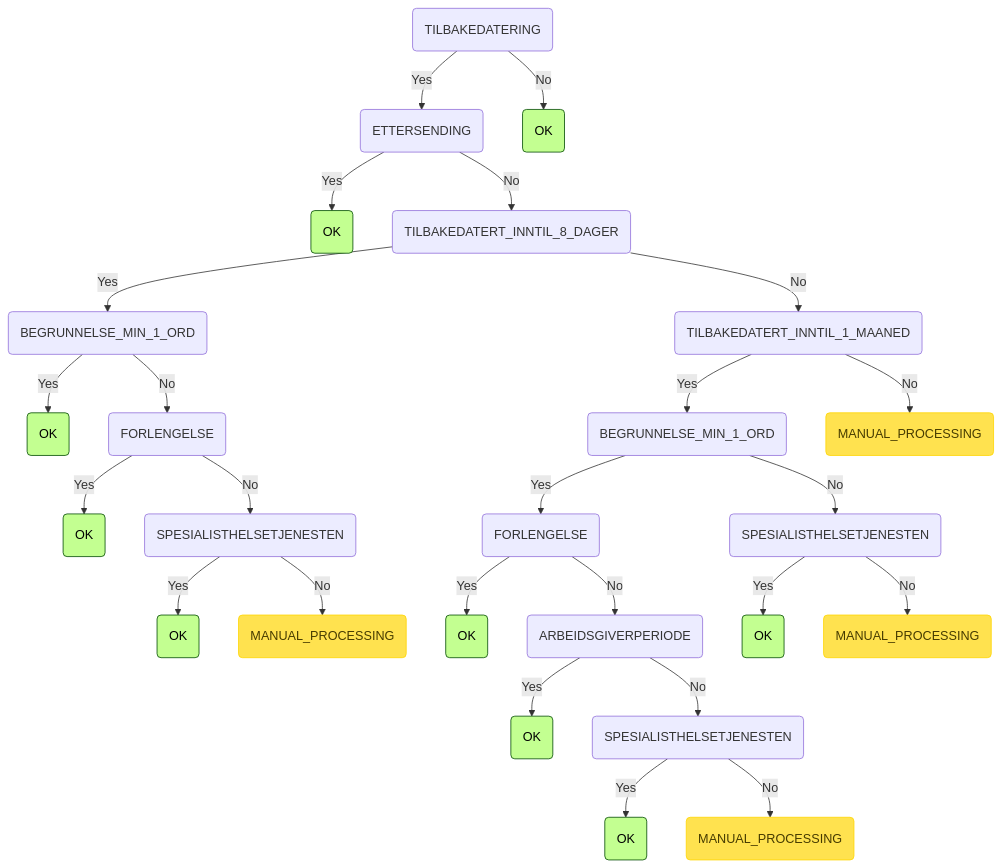
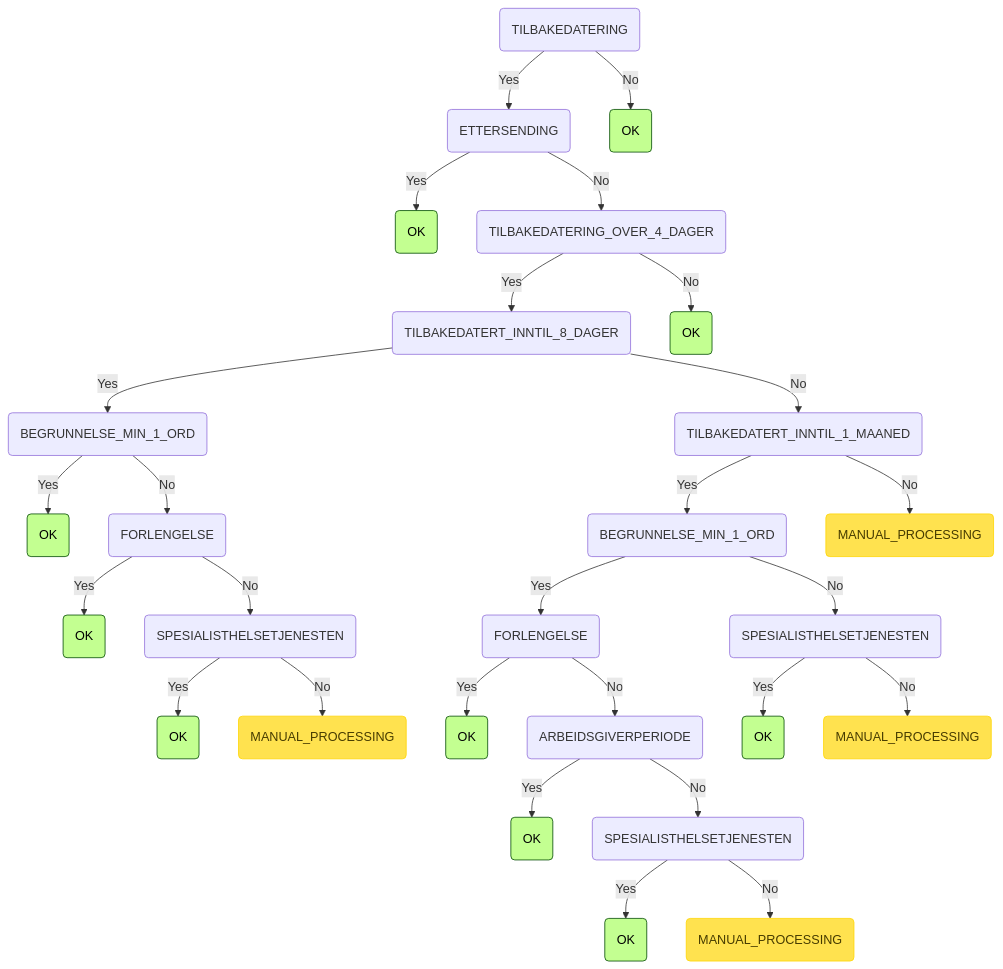
The eighth of 8 diagrams in README.md (navikt/syfosmpapirregler), drawn with Mermaid before and after one commit. The commit also changed 2 other files, not shown here.

Commit message:
Added inntil 4 dager rule

````diff
--- a/README.md
+++ b/README.md
@@ -249,30 +249,32 @@
 ```mermaid
 graph TD
     root(TILBAKEDATERING) -->|Yes| root_TILBAKEDATERING_ETTERSENDING(ETTERSENDING)
     root_TILBAKEDATERING_ETTERSENDING(ETTERSENDING) -->|Yes| root_TILBAKEDATERING_ETTERSENDING_OK(OK):::ok
-    root_TILBAKEDATERING_ETTERSENDING(ETTERSENDING) -->|No| root_TILBAKEDATERING_ETTERSENDING_TILBAKEDATERT_INNTIL_8_DAGER(TILBAKEDATERT_INNTIL_8_DAGER)
-    root_TILBAKEDATERING_ETTERSENDING_TILBAKEDATERT_INNTIL_8_DAGER(TILBAKEDATERT_INNTIL_8_DAGER) -->|Yes| root_TILBAKEDATERING_ETTERSENDING_TILBAKEDATERT_INNTIL_8_DAGER_BEGRUNNELSE_MIN_1_ORD(BEGRUNNELSE_MIN_1_ORD)
-    root_TILBAKEDATERING_ETTERSENDING_TILBAKEDATERT_INNTIL_8_DAGER_BEGRUNNELSE_MIN_1_ORD(BEGRUNNELSE_MIN_1_ORD) -->|Yes| root_TILBAKEDATERING_ETTERSENDING_TILBAKEDATERT_INNTIL_8_DAGER_BEGRUNNELSE_MIN_1_ORD_OK(OK):::ok
-    root_TILBAKEDATERING_ETTERSENDING_TILBAKEDATERT_INNTIL_8_DAGER_BEGRUNNELSE_MIN_1_ORD(BEGRUNNELSE_MIN_1_ORD) -->|No| root_TILBAKEDATERING_ETTERSENDING_TILBAKEDATERT_INNTIL_8_DAGER_BEGRUNNELSE_MIN_1_ORD_FORLENGELSE(FORLENGELSE)
-    root_TILBAKEDATERING_ETTERSENDING_TILBAKEDATERT_INNTIL_8_DAGER_BEGRUNNELSE_MIN_1_ORD_FORLENGELSE(FORLENGELSE) -->|Yes| root_TILBAKEDATERING_ETTERSENDING_TILBAKEDATERT_INNTIL_8_DAGER_BEGRUNNELSE_MIN_1_ORD_FORLENGELSE_OK(OK):::ok
-    root_TILBAKEDATERING_ETTERSENDING_TILBAKEDATERT_INNTIL_8_DAGER_BEGRUNNELSE_MIN_1_ORD_FORLENGELSE(FORLENGELSE) -->|No| root_TILBAKEDATERING_ETTERSENDING_TILBAKEDATERT_INNTIL_8_DAGER_BEGRUNNELSE_MIN_1_ORD_FORLENGELSE_SPESIALISTHELSETJENESTEN(SPESIALISTHELSETJENESTEN)
-    root_TILBAKEDATERING_ETTERSENDING_TILBAKEDATERT_INNTIL_8_DAGER_BEGRUNNELSE_MIN_1_ORD_FORLENGELSE_SPESIALISTHELSETJENESTEN(SPESIALISTHELSETJENESTEN) -->|Yes| root_TILBAKEDATERING_ETTERSENDING_TILBAKEDATERT_INNTIL_8_DAGER_BEGRUNNELSE_MIN_1_ORD_FORLENGELSE_SPESIALISTHELSETJENESTEN_OK(OK):::ok
-    root_TILBAKEDATERING_ETTERSENDING_TILBAKEDATERT_INNTIL_8_DAGER_BEGRUNNELSE_MIN_1_ORD_FORLENGELSE_SPESIALISTHELSETJENESTEN(SPESIALISTHELSETJENESTEN) -->|No| root_TILBAKEDATERING_ETTERSENDING_TILBAKEDATERT_INNTIL_8_DAGER_BEGRUNNELSE_MIN_1_ORD_FORLENGELSE_SPESIALISTHELSETJENESTEN_MANUAL_PROCESSING(MANUAL_PROCESSING):::manuell
-    root_TILBAKEDATERING_ETTERSENDING_TILBAKEDATERT_INNTIL_8_DAGER(TILBAKEDATERT_INNTIL_8_DAGER) -->|No| root_TILBAKEDATERING_ETTERSENDING_TILBAKEDATERT_INNTIL_8_DAGER_TILBAKEDATERT_INNTIL_1_MAANED(TILBAKEDATERT_INNTIL_1_MAANED)
-    root_TILBAKEDATERING_ETTERSENDING_TILBAKEDATERT_INNTIL_8_DAGER_TILBAKEDATERT_INNTIL_1_MAANED(TILBAKEDATERT_INNTIL_1_MAANED) -->|Yes| root_TILBAKEDATERING_ETTERSENDING_TILBAKEDATERT_INNTIL_8_DAGER_TILBAKEDATERT_INNTIL_1_MAANED_BEGRUNNELSE_MIN_1_ORD(BEGRUNNELSE_MIN_1_ORD)
-    root_TILBAKEDATERING_ETTERSENDING_TILBAKEDATERT_INNTIL_8_DAGER_TILBAKEDATERT_INNTIL_1_MAANED_BEGRUNNELSE_MIN_1_ORD(BEGRUNNELSE_MIN_1_ORD) -->|Yes| root_TILBAKEDATERING_ETTERSENDING_TILBAKEDATERT_INNTIL_8_DAGER_TILBAKEDATERT_INNTIL_1_MAANED_BEGRUNNELSE_MIN_1_ORD_FORLENGELSE(FORLENGELSE)
-    root_TILBAKEDATERING_ETTERSENDING_TILBAKEDATERT_INNTIL_8_DAGER_TILBAKEDATERT_INNTIL_1_MAANED_BEGRUNNELSE_MIN_1_ORD_FORLENGELSE(FORLENGELSE) -->|Yes| root_TILBAKEDATERING_ETTERSENDING_TILBAKEDATERT_INNTIL_8_DAGER_TILBAKEDATERT_INNTIL_1_MAANED_BEGRUNNELSE_MIN_1_ORD_FORLENGELSE_OK(OK):::ok
-    root_TILBAKEDATERING_ETTERSENDING_TILBAKEDATERT_INNTIL_8_DAGER_TILBAKEDATERT_INNTIL_1_MAANED_BEGRUNNELSE_MIN_1_ORD_FORLENGELSE(FORLENGELSE) -->|No| root_TILBAKEDATERING_ETTERSENDING_TILBAKEDATERT_INNTIL_8_DAGER_TILBAKEDATERT_INNTIL_1_MAANED_BEGRUNNELSE_MIN_1_ORD_FORLENGELSE_ARBEIDSGIVERPERIODE(ARBEIDSGIVERPERIODE)
-    root_TILBAKEDATERING_ETTERSENDING_TILBAKEDATERT_INNTIL_8_DAGER_TILBAKEDATERT_INNTIL_1_MAANED_BEGRUNNELSE_MIN_1_ORD_FORLENGELSE_ARBEIDSGIVERPERIODE(ARBEIDSGIVERPERIODE) -->|Yes| root_TILBAKEDATERING_ETTERSENDING_TILBAKEDATERT_INNTIL_8_DAGER_TILBAKEDATERT_INNTIL_1_MAANED_BEGRUNNELSE_MIN_1_ORD_FORLENGELSE_ARBEIDSGIVERPERIODE_OK(OK):::ok
-    root_TILBAKEDATERING_ETTERSENDING_TILBAKEDATERT_INNTIL_8_DAGER_TILBAKEDATERT_INNTIL_1_MAANED_BEGRUNNELSE_MIN_1_ORD_FORLENGELSE_ARBEIDSGIVERPERIODE(ARBEIDSGIVERPERIODE) -->|No| root_TILBAKEDATERING_ETTERSENDING_TILBAKEDATERT_INNTIL_8_DAGER_TILBAKEDATERT_INNTIL_1_MAANED_BEGRUNNELSE_MIN_1_ORD_FORLENGELSE_ARBEIDSGIVERPERIODE_SPESIALISTHELSETJENESTEN(SPESIALISTHELSETJENESTEN)
-    root_TILBAKEDATERING_ETTERSENDING_TILBAKEDATERT_INNTIL_8_DAGER_TILBAKEDATERT_INNTIL_1_MAANED_BEGRUNNELSE_MIN_1_ORD_FORLENGELSE_ARBEIDSGIVERPERIODE_SPESIALISTHELSETJENESTEN(SPESIALISTHELSETJENESTEN) -->|Yes| root_TILBAKEDATERING_ETTERSENDING_TILBAKEDATERT_INNTIL_8_DAGER_TILBAKEDATERT_INNTIL_1_MAANED_BEGRUNNELSE_MIN_1_ORD_FORLENGELSE_ARBEIDSGIVERPERIODE_SPESIALISTHELSETJENESTEN_OK(OK):::ok
-    root_TILBAKEDATERING_ETTERSENDING_TILBAKEDATERT_INNTIL_8_DAGER_TILBAKEDATERT_INNTIL_1_MAANED_BEGRUNNELSE_MIN_1_ORD_FORLENGELSE_ARBEIDSGIVERPERIODE_SPESIALISTHELSETJENESTEN(SPESIALISTHELSETJENESTEN) -->|No| root_TILBAKEDATERING_ETTERSENDING_TILBAKEDATERT_INNTIL_8_DAGER_TILBAKEDATERT_INNTIL_1_MAANED_BEGRUNNELSE_MIN_1_ORD_FORLENGELSE_ARBEIDSGIVERPERIODE_SPESIALISTHELSETJENESTEN_MANUAL_PROCESSING(MANUAL_PROCESSING):::manuell
-    root_TILBAKEDATERING_ETTERSENDING_TILBAKEDATERT_INNTIL_8_DAGER_TILBAKEDATERT_INNTIL_1_MAANED_BEGRUNNELSE_MIN_1_ORD(BEGRUNNELSE_MIN_1_ORD) -->|No| root_TILBAKEDATERING_ETTERSENDING_TILBAKEDATERT_INNTIL_8_DAGER_TILBAKEDATERT_INNTIL_1_MAANED_BEGRUNNELSE_MIN_1_ORD_SPESIALISTHELSETJENESTEN(SPESIALISTHELSETJENESTEN)
-    root_TILBAKEDATERING_ETTERSENDING_TILBAKEDATERT_INNTIL_8_DAGER_TILBAKEDATERT_INNTIL_1_MAANED_BEGRUNNELSE_MIN_1_ORD_SPESIALISTHELSETJENESTEN(SPESIALISTHELSETJENESTEN) -->|Yes| root_TILBAKEDATERING_ETTERSENDING_TILBAKEDATERT_INNTIL_8_DAGER_TILBAKEDATERT_INNTIL_1_MAANED_BEGRUNNELSE_MIN_1_ORD_SPESIALISTHELSETJENESTEN_OK(OK):::ok
-    root_TILBAKEDATERING_ETTERSENDING_TILBAKEDATERT_INNTIL_8_DAGER_TILBAKEDATERT_INNTIL_1_MAANED_BEGRUNNELSE_MIN_1_ORD_SPESIALISTHELSETJENESTEN(SPESIALISTHELSETJENESTEN) -->|No| root_TILBAKEDATERING_ETTERSENDING_TILBAKEDATERT_INNTIL_8_DAGER_TILBAKEDATERT_INNTIL_1_MAANED_BEGRUNNELSE_MIN_1_ORD_SPESIALISTHELSETJENESTEN_MANUAL_PROCESSING(MANUAL_PROCESSING):::manuell
-    root_TILBAKEDATERING_ETTERSENDING_TILBAKEDATERT_INNTIL_8_DAGER_TILBAKEDATERT_INNTIL_1_MAANED(TILBAKEDATERT_INNTIL_1_MAANED) -->|No| root_TILBAKEDATERING_ETTERSENDING_TILBAKEDATERT_INNTIL_8_DAGER_TILBAKEDATERT_INNTIL_1_MAANED_MANUAL_PROCESSING(MANUAL_PROCESSING):::manuell
+    root_TILBAKEDATERING_ETTERSENDING(ETTERSENDING) -->|No| root_TILBAKEDATERING_ETTERSENDING_TILBAKEDATERING_OVER_4_DAGER(TILBAKEDATERING_OVER_4_DAGER)
+    root_TILBAKEDATERING_ETTERSENDING_TILBAKEDATERING_OVER_4_DAGER(TILBAKEDATERING_OVER_4_DAGER) -->|Yes| root_TILBAKEDATERING_ETTERSENDING_TILBAKEDATERING_OVER_4_DAGER_TILBAKEDATERT_INNTIL_8_DAGER(TILBAKEDATERT_INNTIL_8_DAGER)
+    root_TILBAKEDATERING_ETTERSENDING_TILBAKEDATERING_OVER_4_DAGER_TILBAKEDATERT_INNTIL_8_DAGER(TILBAKEDATERT_INNTIL_8_DAGER) -->|Yes| root_TILBAKEDATERING_ETTERSENDING_TILBAKEDATERING_OVER_4_DAGER_TILBAKEDATERT_INNTIL_8_DAGER_BEGRUNNELSE_MIN_1_ORD(BEGRUNNELSE_MIN_1_ORD)
+    root_TILBAKEDATERING_ETTERSENDING_TILBAKEDATERING_OVER_4_DAGER_TILBAKEDATERT_INNTIL_8_DAGER_BEGRUNNELSE_MIN_1_ORD(BEGRUNNELSE_MIN_1_ORD) -->|Yes| root_TILBAKEDATERING_ETTERSENDING_TILBAKEDATERING_OVER_4_DAGER_TILBAKEDATERT_INNTIL_8_DAGER_BEGRUNNELSE_MIN_1_ORD_OK(OK):::ok
+    root_TILBAKEDATERING_ETTERSENDING_TILBAKEDATERING_OVER_4_DAGER_TILBAKEDATERT_INNTIL_8_DAGER_BEGRUNNELSE_MIN_1_ORD(BEGRUNNELSE_MIN_1_ORD) -->|No| root_TILBAKEDATERING_ETTERSENDING_TILBAKEDATERING_OVER_4_DAGER_TILBAKEDATERT_INNTIL_8_DAGER_BEGRUNNELSE_MIN_1_ORD_FORLENGELSE(FORLENGELSE)
+    root_TILBAKEDATERING_ETTERSENDING_TILBAKEDATERING_OVER_4_DAGER_TILBAKEDATERT_INNTIL_8_DAGER_BEGRUNNELSE_MIN_1_ORD_FORLENGELSE(FORLENGELSE) -->|Yes| root_TILBAKEDATERING_ETTERSENDING_TILBAKEDATERING_OVER_4_DAGER_TILBAKEDATERT_INNTIL_8_DAGER_BEGRUNNELSE_MIN_1_ORD_FORLENGELSE_OK(OK):::ok
+    root_TILBAKEDATERING_ETTERSENDING_TILBAKEDATERING_OVER_4_DAGER_TILBAKEDATERT_INNTIL_8_DAGER_BEGRUNNELSE_MIN_1_ORD_FORLENGELSE(FORLENGELSE) -->|No| root_TILBAKEDATERING_ETTERSENDING_TILBAKEDATERING_OVER_4_DAGER_TILBAKEDATERT_INNTIL_8_DAGER_BEGRUNNELSE_MIN_1_ORD_FORLENGELSE_SPESIALISTHELSETJENESTEN(SPESIALISTHELSETJENESTEN)
+    root_TILBAKEDATERING_ETTERSENDING_TILBAKEDATERING_OVER_4_DAGER_TILBAKEDATERT_INNTIL_8_DAGER_BEGRUNNELSE_MIN_1_ORD_FORLENGELSE_SPESIALISTHELSETJENESTEN(SPESIALISTHELSETJENESTEN) -->|Yes| root_TILBAKEDATERING_ETTERSENDING_TILBAKEDATERING_OVER_4_DAGER_TILBAKEDATERT_INNTIL_8_DAGER_BEGRUNNELSE_MIN_1_ORD_FORLENGELSE_SPESIALISTHELSETJENESTEN_OK(OK):::ok
+    root_TILBAKEDATERING_ETTERSENDING_TILBAKEDATERING_OVER_4_DAGER_TILBAKEDATERT_INNTIL_8_DAGER_BEGRUNNELSE_MIN_1_ORD_FORLENGELSE_SPESIALISTHELSETJENESTEN(SPESIALISTHELSETJENESTEN) -->|No| root_TILBAKEDATERING_ETTERSENDING_TILBAKEDATERING_OVER_4_DAGER_TILBAKEDATERT_INNTIL_8_DAGER_BEGRUNNELSE_MIN_1_ORD_FORLENGELSE_SPESIALISTHELSETJENESTEN_MANUAL_PROCESSING(MANUAL_PROCESSING):::manuell
+    root_TILBAKEDATERING_ETTERSENDING_TILBAKEDATERING_OVER_4_DAGER_TILBAKEDATERT_INNTIL_8_DAGER(TILBAKEDATERT_INNTIL_8_DAGER) -->|No| root_TILBAKEDATERING_ETTERSENDING_TILBAKEDATERING_OVER_4_DAGER_TILBAKEDATERT_INNTIL_8_DAGER_TILBAKEDATERT_INNTIL_1_MAANED(TILBAKEDATERT_INNTIL_1_MAANED)
+    root_TILBAKEDATERING_ETTERSENDING_TILBAKEDATERING_OVER_4_DAGER_TILBAKEDATERT_INNTIL_8_DAGER_TILBAKEDATERT_INNTIL_1_MAANED(TILBAKEDATERT_INNTIL_1_MAANED) -->|Yes| root_TILBAKEDATERING_ETTERSENDING_TILBAKEDATERING_OVER_4_DAGER_TILBAKEDATERT_INNTIL_8_DAGER_TILBAKEDATERT_INNTIL_1_MAANED_BEGRUNNELSE_MIN_1_ORD(BEGRUNNELSE_MIN_1_ORD)
+    root_TILBAKEDATERING_ETTERSENDING_TILBAKEDATERING_OVER_4_DAGER_TILBAKEDATERT_INNTIL_8_DAGER_TILBAKEDATERT_INNTIL_1_MAANED_BEGRUNNELSE_MIN_1_ORD(BEGRUNNELSE_MIN_1_ORD) -->|Yes| root_TILBAKEDATERING_ETTERSENDING_TILBAKEDATERING_OVER_4_DAGER_TILBAKEDATERT_INNTIL_8_DAGER_TILBAKEDATERT_INNTIL_1_MAANED_BEGRUNNELSE_MIN_1_ORD_FORLENGELSE(FORLENGELSE)
+    root_TILBAKEDATERING_ETTERSENDING_TILBAKEDATERING_OVER_4_DAGER_TILBAKEDATERT_INNTIL_8_DAGER_TILBAKEDATERT_INNTIL_1_MAANED_BEGRUNNELSE_MIN_1_ORD_FORLENGELSE(FORLENGELSE) -->|Yes| root_TILBAKEDATERING_ETTERSENDING_TILBAKEDATERING_OVER_4_DAGER_TILBAKEDATERT_INNTIL_8_DAGER_TILBAKEDATERT_INNTIL_1_MAANED_BEGRUNNELSE_MIN_1_ORD_FORLENGELSE_OK(OK):::ok
+    root_TILBAKEDATERING_ETTERSENDING_TILBAKEDATERING_OVER_4_DAGER_TILBAKEDATERT_INNTIL_8_DAGER_TILBAKEDATERT_INNTIL_1_MAANED_BEGRUNNELSE_MIN_1_ORD_FORLENGELSE(FORLENGELSE) -->|No| root_TILBAKEDATERING_ETTERSENDING_TILBAKEDATERING_OVER_4_DAGER_TILBAKEDATERT_INNTIL_8_DAGER_TILBAKEDATERT_INNTIL_1_MAANED_BEGRUNNELSE_MIN_1_ORD_FORLENGELSE_ARBEIDSGIVERPERIODE(ARBEIDSGIVERPERIODE)
+    root_TILBAKEDATERING_ETTERSENDING_TILBAKEDATERING_OVER_4_DAGER_TILBAKEDATERT_INNTIL_8_DAGER_TILBAKEDATERT_INNTIL_1_MAANED_BEGRUNNELSE_MIN_1_ORD_FORLENGELSE_ARBEIDSGIVERPERIODE(ARBEIDSGIVERPERIODE) -->|Yes| root_TILBAKEDATERING_ETTERSENDING_TILBAKEDATERING_OVER_4_DAGER_TILBAKEDATERT_INNTIL_8_DAGER_TILBAKEDATERT_INNTIL_1_MAANED_BEGRUNNELSE_MIN_1_ORD_FORLENGELSE_ARBEIDSGIVERPERIODE_OK(OK):::ok
+    root_TILBAKEDATERING_ETTERSENDING_TILBAKEDATERING_OVER_4_DAGER_TILBAKEDATERT_INNTIL_8_DAGER_TILBAKEDATERT_INNTIL_1_MAANED_BEGRUNNELSE_MIN_1_ORD_FORLENGELSE_ARBEIDSGIVERPERIODE(ARBEIDSGIVERPERIODE) -->|No| root_TILBAKEDATERING_ETTERSENDING_TILBAKEDATERING_OVER_4_DAGER_TILBAKEDATERT_INNTIL_8_DAGER_TILBAKEDATERT_INNTIL_1_MAANED_BEGRUNNELSE_MIN_1_ORD_FORLENGELSE_ARBEIDSGIVERPERIODE_SPESIALISTHELSETJENESTEN(SPESIALISTHELSETJENESTEN)
+    root_TILBAKEDATERING_ETTERSENDING_TILBAKEDATERING_OVER_4_DAGER_TILBAKEDATERT_INNTIL_8_DAGER_TILBAKEDATERT_INNTIL_1_MAANED_BEGRUNNELSE_MIN_1_ORD_FORLENGELSE_ARBEIDSGIVERPERIODE_SPESIALISTHELSETJENESTEN(SPESIALISTHELSETJENESTEN) -->|Yes| root_TILBAKEDATERING_ETTERSENDING_TILBAKEDATERING_OVER_4_DAGER_TILBAKEDATERT_INNTIL_8_DAGER_TILBAKEDATERT_INNTIL_1_MAANED_BEGRUNNELSE_MIN_1_ORD_FORLENGELSE_ARBEIDSGIVERPERIODE_SPESIALISTHELSETJENESTEN_OK(OK):::ok
+    root_TILBAKEDATERING_ETTERSENDING_TILBAKEDATERING_OVER_4_DAGER_TILBAKEDATERT_INNTIL_8_DAGER_TILBAKEDATERT_INNTIL_1_MAANED_BEGRUNNELSE_MIN_1_ORD_FORLENGELSE_ARBEIDSGIVERPERIODE_SPESIALISTHELSETJENESTEN(SPESIALISTHELSETJENESTEN) -->|No| root_TILBAKEDATERING_ETTERSENDING_TILBAKEDATERING_OVER_4_DAGER_TILBAKEDATERT_INNTIL_8_DAGER_TILBAKEDATERT_INNTIL_1_MAANED_BEGRUNNELSE_MIN_1_ORD_FORLENGELSE_ARBEIDSGIVERPERIODE_SPESIALISTHELSETJENESTEN_MANUAL_PROCESSING(MANUAL_PROCESSING):::manuell
+    root_TILBAKEDATERING_ETTERSENDING_TILBAKEDATERING_OVER_4_DAGER_TILBAKEDATERT_INNTIL_8_DAGER_TILBAKEDATERT_INNTIL_1_MAANED_BEGRUNNELSE_MIN_1_ORD(BEGRUNNELSE_MIN_1_ORD) -->|No| root_TILBAKEDATERING_ETTERSENDING_TILBAKEDATERING_OVER_4_DAGER_TILBAKEDATERT_INNTIL_8_DAGER_TILBAKEDATERT_INNTIL_1_MAANED_BEGRUNNELSE_MIN_1_ORD_SPESIALISTHELSETJENESTEN(SPESIALISTHELSETJENESTEN)
+    root_TILBAKEDATERING_ETTERSENDING_TILBAKEDATERING_OVER_4_DAGER_TILBAKEDATERT_INNTIL_8_DAGER_TILBAKEDATERT_INNTIL_1_MAANED_BEGRUNNELSE_MIN_1_ORD_SPESIALISTHELSETJENESTEN(SPESIALISTHELSETJENESTEN) -->|Yes| root_TILBAKEDATERING_ETTERSENDING_TILBAKEDATERING_OVER_4_DAGER_TILBAKEDATERT_INNTIL_8_DAGER_TILBAKEDATERT_INNTIL_1_MAANED_BEGRUNNELSE_MIN_1_ORD_SPESIALISTHELSETJENESTEN_OK(OK):::ok
+    root_TILBAKEDATERING_ETTERSENDING_TILBAKEDATERING_OVER_4_DAGER_TILBAKEDATERT_INNTIL_8_DAGER_TILBAKEDATERT_INNTIL_1_MAANED_BEGRUNNELSE_MIN_1_ORD_SPESIALISTHELSETJENESTEN(SPESIALISTHELSETJENESTEN) -->|No| root_TILBAKEDATERING_ETTERSENDING_TILBAKEDATERING_OVER_4_DAGER_TILBAKEDATERT_INNTIL_8_DAGER_TILBAKEDATERT_INNTIL_1_MAANED_BEGRUNNELSE_MIN_1_ORD_SPESIALISTHELSETJENESTEN_MANUAL_PROCESSING(MANUAL_PROCESSING):::manuell
+    root_TILBAKEDATERING_ETTERSENDING_TILBAKEDATERING_OVER_4_DAGER_TILBAKEDATERT_INNTIL_8_DAGER_TILBAKEDATERT_INNTIL_1_MAANED(TILBAKEDATERT_INNTIL_1_MAANED) -->|No| root_TILBAKEDATERING_ETTERSENDING_TILBAKEDATERING_OVER_4_DAGER_TILBAKEDATERT_INNTIL_8_DAGER_TILBAKEDATERT_INNTIL_1_MAANED_MANUAL_PROCESSING(MANUAL_PROCESSING):::manuell
+    root_TILBAKEDATERING_ETTERSENDING_TILBAKEDATERING_OVER_4_DAGER(TILBAKEDATERING_OVER_4_DAGER) -->|No| root_TILBAKEDATERING_ETTERSENDING_TILBAKEDATERING_OVER_4_DAGER_OK(OK):::ok
     root(TILBAKEDATERING) -->|No| root_TILBAKEDATERING_OK(OK):::ok
     classDef ok fill:#c3ff91,stroke:#004a00,color: black;
     classDef invalid fill:#ff7373,stroke:#ff0000,color: black;
     classDef manuell fill:#ffe24f,stroke:#ffd500,color: #473c00;
 ```
````
